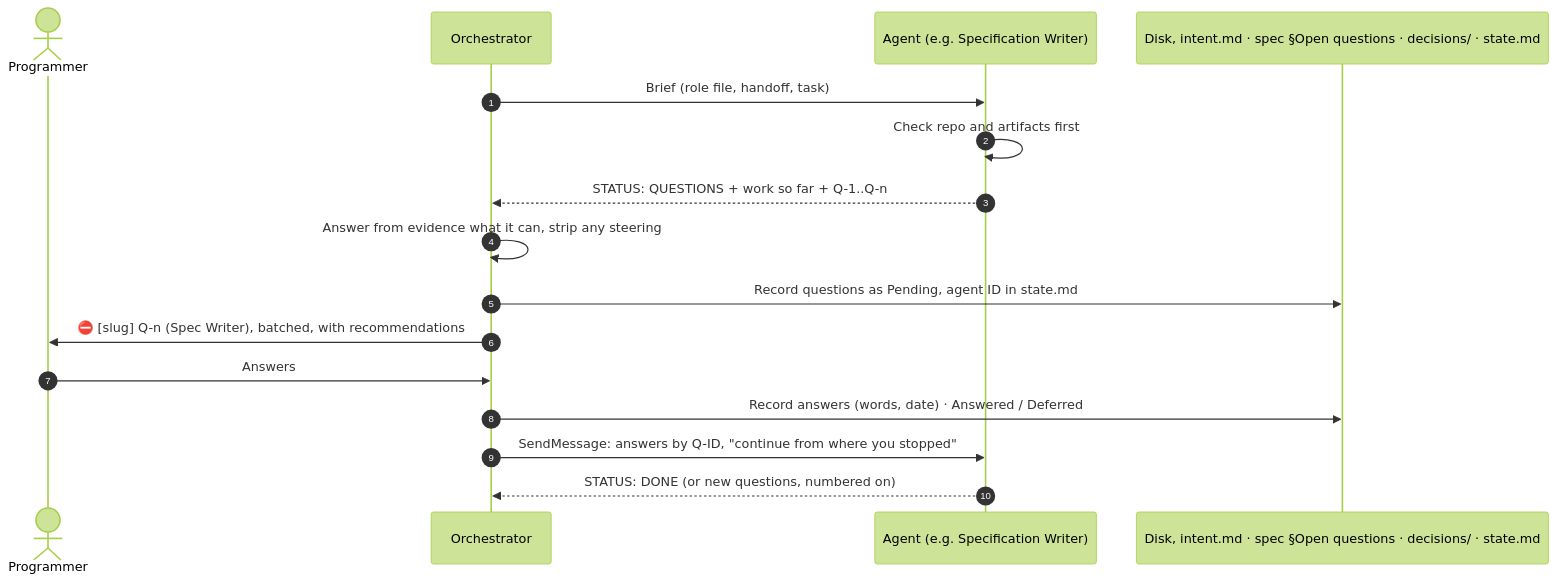
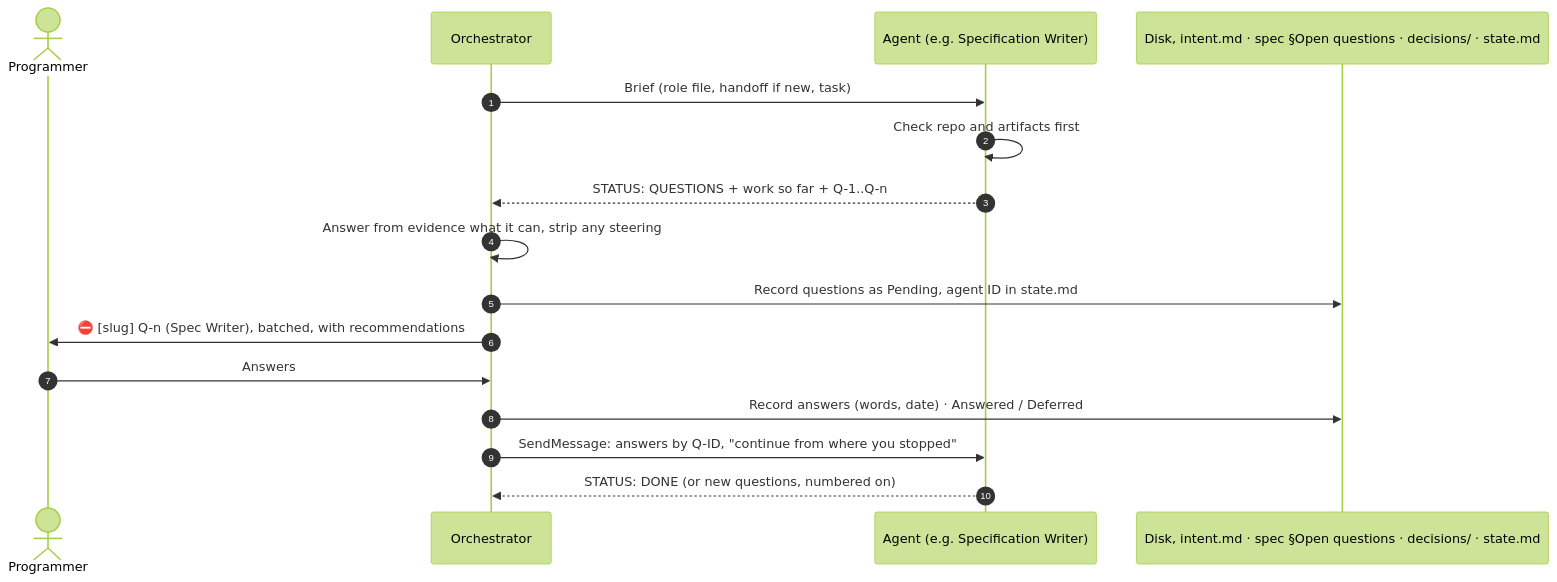
One commit to mariopedemonte12/claude-feature-workflow changed the seventh of 12 diagrams in docs/architecture.md. Above: the diagram before and after it, drawn with Mermaid (forest theme). The commit also changed other lines of this file and 10 other files, not shown here.

````diff
--- a/docs/architecture.md
+++ b/docs/architecture.md
@@ -261,19 +261,19 @@
 ```mermaid
 sequenceDiagram
     autonumber
     actor P as Programmer
     participant O as Orchestrator
     participant A as Agent (e.g. Specification Writer)
     participant D as Disk, intent.md · spec §Open questions · decisions/ · state.md
 
-    O->>A: Brief (role file, handoff, task)
+    O->>A: Brief (role file, handoff if new, task)
     A->>A: Check repo and artifacts first
     A-->>O: STATUS: QUESTIONS + work so far + Q-1..Q-n
     O->>O: Answer from evidence what it can, strip any steering
     O->>D: Record questions as Pending, agent ID in state.md
     O->>P: ⛔ [slug] Q-n (Spec Writer), batched, with recommendations
     P->>O: Answers
     O->>D: Record answers (words, date) · Answered / Deferred
     O->>A: SendMessage: answers by Q-ID, "continue from where you stopped"
     A-->>O: STATUS: DONE (or new questions, numbered on)
 ```
````
